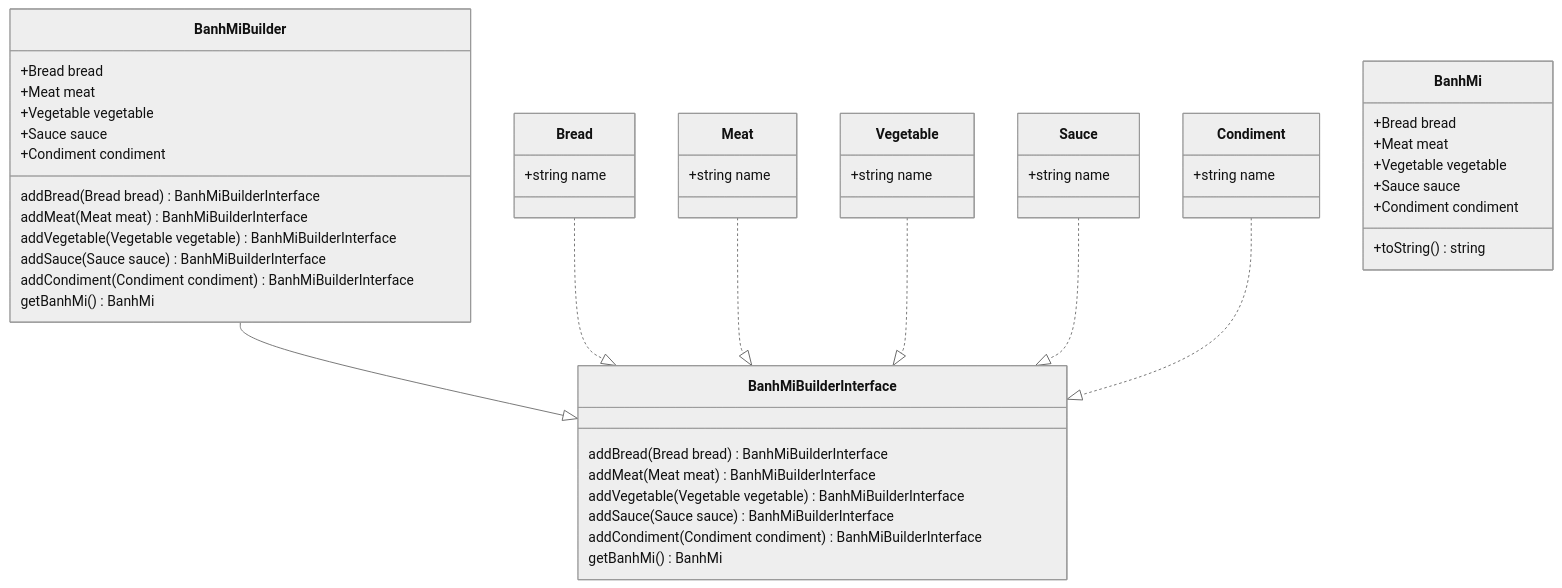
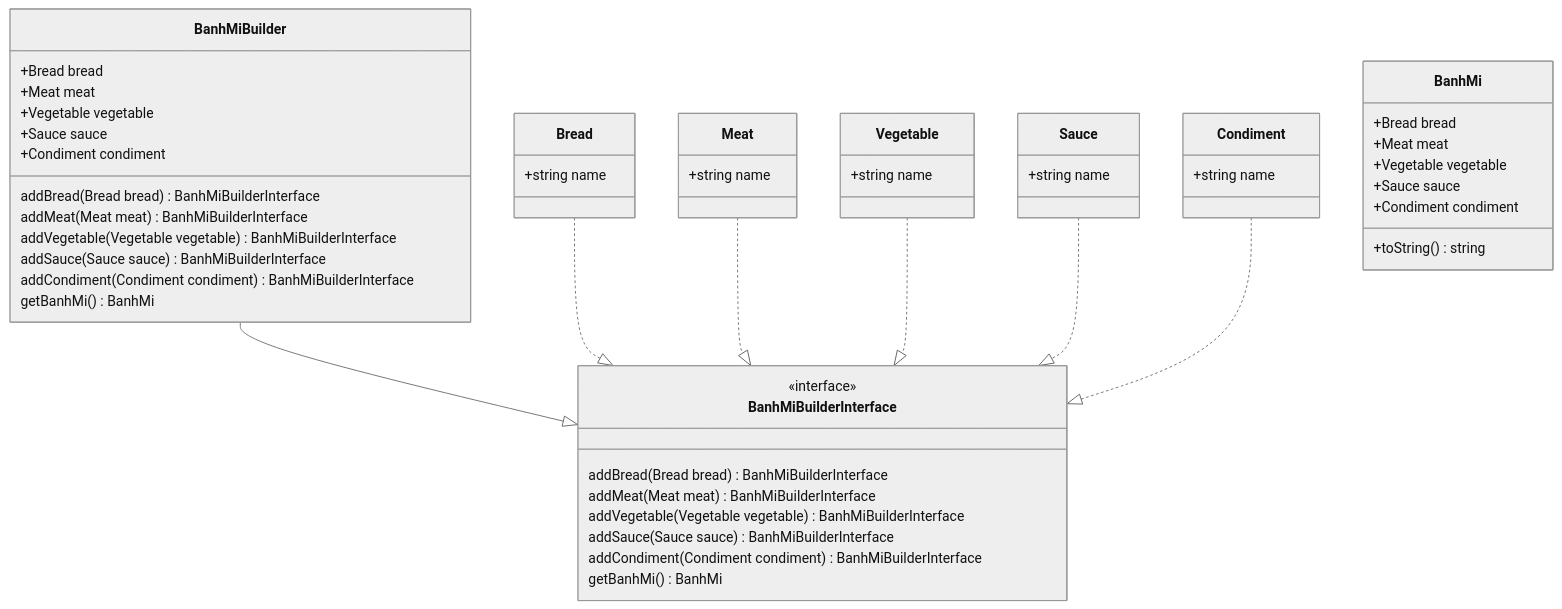
One commit to ngtrdai/example-builder-design-pattern changed the diagram in README.md. Above: the diagram before and after it, drawn with Mermaid (neutral theme).

Commit message:
Edit readme file

````diff
--- a/README.md
+++ b/README.md
@@ -6,63 +6,64 @@
 ```mermaid
 classDiagram
     BanhMiBuilder --|> BanhMiBuilderInterface
     Bread ..|> BanhMiBuilderInterface
     Meat ..|> BanhMiBuilderInterface
     Vegetable ..|> BanhMiBuilderInterface
     Sauce ..|> BanhMiBuilderInterface
     Condiment ..|> BanhMiBuilderInterface
 
     class BanhMi {
         +Bread bread
         +Meat meat
         +Vegetable vegetable
         +Sauce sauce
         +Condiment condiment
 
         +toString() string
     }
 
     class BanhMiBuilderInterface {
+        <<interface>>
         addBread(Bread bread) BanhMiBuilderInterface
         addMeat(Meat meat) BanhMiBuilderInterface
         addVegetable(Vegetable vegetable) BanhMiBuilderInterface
         addSauce(Sauce sauce) BanhMiBuilderInterface
         addCondiment(Condiment condiment) BanhMiBuilderInterface
         getBanhMi() BanhMi
     }
 
     class BanhMiBuilder {
         +Bread bread
         +Meat meat
         +Vegetable vegetable
         +Sauce sauce
         +Condiment condiment
 
         addBread(Bread bread) BanhMiBuilderInterface
         addMeat(Meat meat) BanhMiBuilderInterface
         addVegetable(Vegetable vegetable) BanhMiBuilderInterface
         addSauce(Sauce sauce) BanhMiBuilderInterface
         addCondiment(Condiment condiment) BanhMiBuilderInterface
         getBanhMi() BanhMi
     }
 
     class Bread {
         +string name
     }
 
     class Meat {
         +string name
     }
 
     class Vegetable {
         +string name
     }
 
     class Sauce {
         +string name
     }
 
     class Condiment {
         +string name
     }
 ```
````
